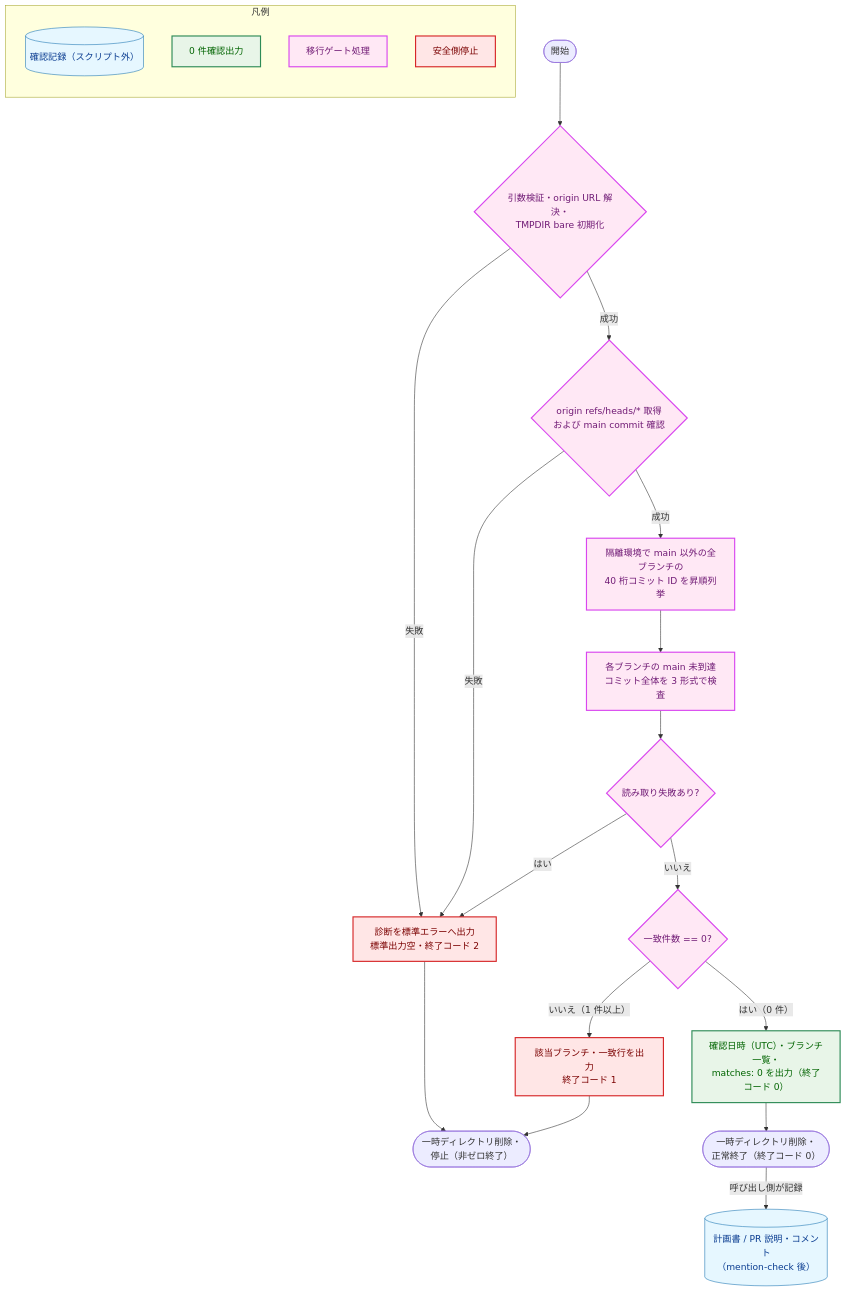
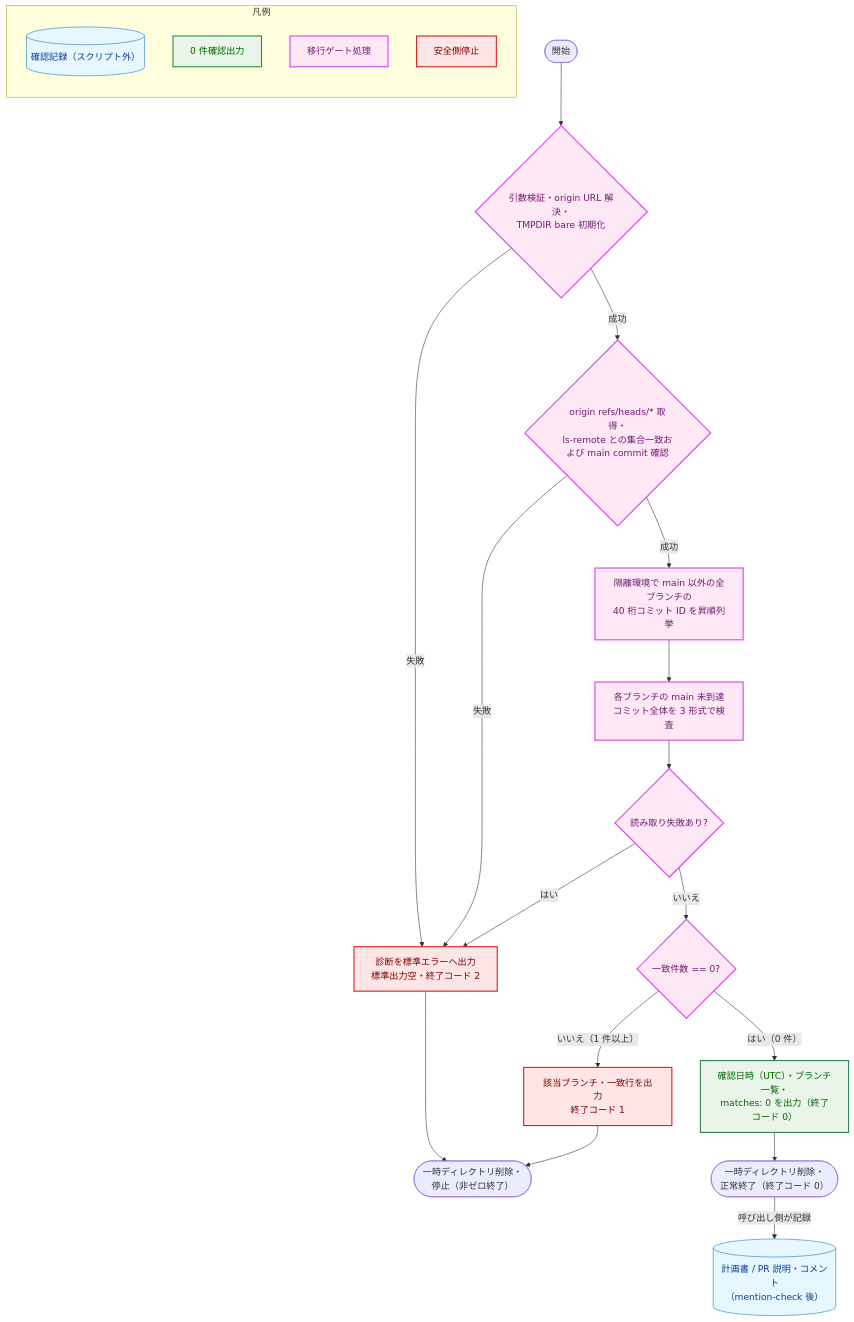
One commit to isseis/yt2column changed the sixth of 7 diagrams in docs/tasks/0121_retire_legacy_review_records/02_architecture.md. Above: the diagram before and after it, drawn with Mermaid. The commit also changed other lines of this file, not shown here.

First line of the commit message:
docs(0121): address the Fable partial review of the architecture

````diff
--- a/docs/tasks/0121_retire_legacy_review_records/02_architecture.md
+++ b/docs/tasks/0121_retire_legacy_review_records/02_architecture.md
@@ -455,31 +457,31 @@
 ```mermaid
 flowchart TD
     classDef data fill:#e6f7ff,stroke:#1f77b4,stroke-width:1px,color:#0b3d91;
     classDef enhanced fill:#e8f5e8,stroke:#2e8b57,stroke-width:2px,color:#006400;
     classDef newpkg fill:#ffe8f5,stroke:#d946ef,stroke-width:2px,color:#701a75;
     classDef problem fill:#ffe6e6,stroke:#d62728,stroke-width:2px,color:#7b0000;
 
     startNode(["開始"]) --> initTmp{"引数検証・origin URL 解決・<br>TMPDIR bare 初期化"}:::newpkg
     initTmp -->|"失敗"| errStop["診断を標準エラーへ出力<br>標準出力空・終了コード 2"]:::problem
-    initTmp -->|"成功"| fetchStep{"origin refs/heads/* 取得<br>および main commit 確認"}:::newpkg
+    initTmp -->|"成功"| fetchStep{"origin refs/heads/* 取得・<br>ls-remote との集合一致および main commit 確認"}:::newpkg
     fetchStep -->|"失敗"| errStop
     fetchStep -->|"成功"| enumBranches["隔離環境で main 以外の全ブランチの<br>40 桁コミット ID を昇順列挙"]:::newpkg
     enumBranches --> scanCommits["各ブランチの main 未到達<br>コミット全体を 3 形式で検査"]:::newpkg
     scanCommits --> readCheck{"読み取り失敗あり?"}:::newpkg
     readCheck -->|"はい"| errStop
     readCheck -->|"いいえ"| hitCheck{"一致件数 == 0?"}:::newpkg
     hitCheck -->|"いいえ（1 件以上）"| hitStop["該当ブランチ・一致行を出力<br>終了コード 1"]:::problem
     hitCheck -->|"はい（0 件）"| okOut["確認日時（UTC）・ブランチ一覧・<br>matches: 0 を出力（終了コード 0）"]:::enhanced
     errStop --> cleanupFail(["一時ディレクトリ削除・<br>停止（非ゼロ終了）"])
     hitStop --> cleanupFail
     okOut --> cleanupOk(["一時ディレクトリ削除・<br>正常終了（終了コード 0）"])
     cleanupOk -->|"呼び出し側が記録"| recordDoc[("計画書 / PR 説明・コメント<br>（mention-check 後）")]:::data
 
     subgraph legend["凡例"]
         direction TB
         l1[("確認記録（スクリプト外）")]:::data
         l2["0 件確認出力"]:::enhanced
         l3["移行ゲート処理"]:::newpkg
         l4["安全側停止"]:::problem
     end
 ```
````
